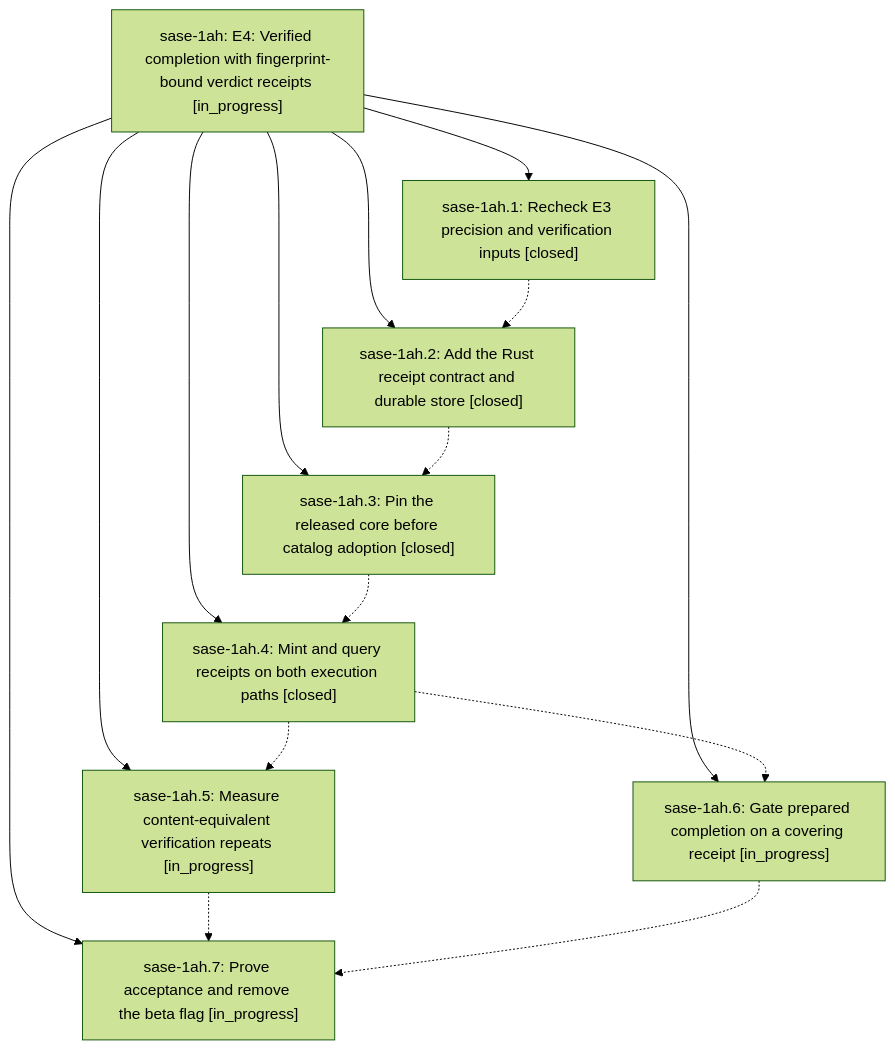
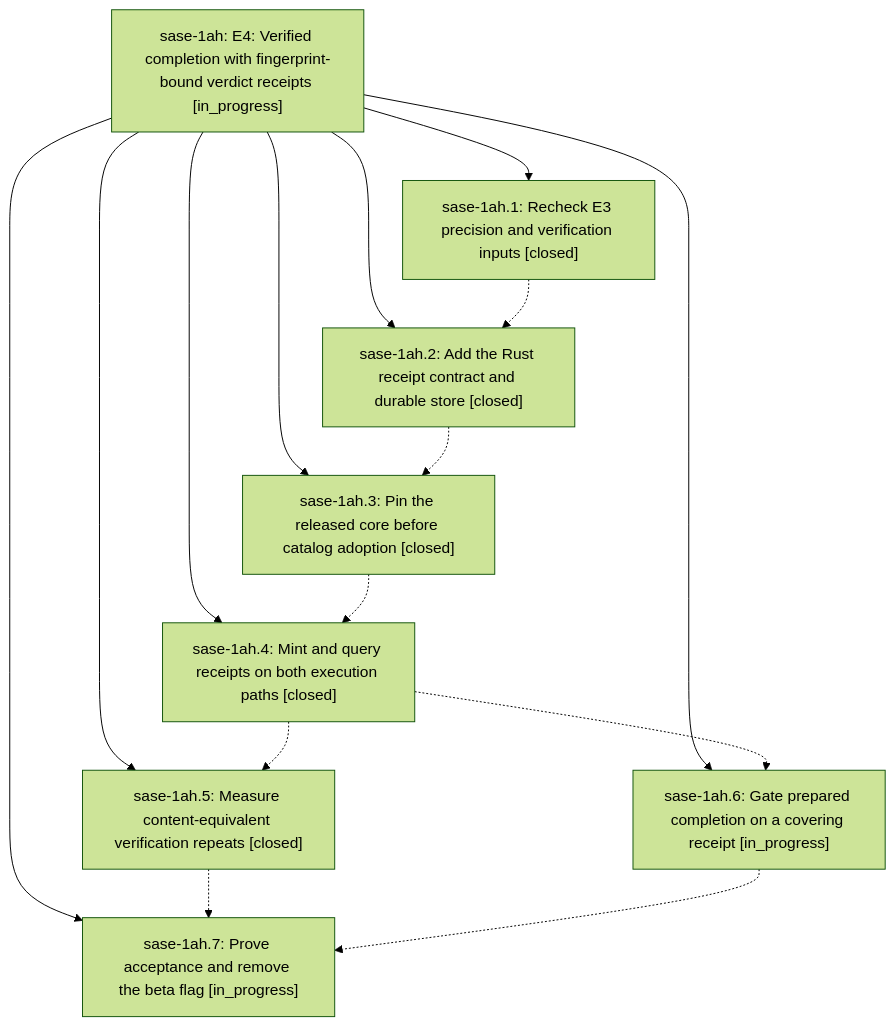
Before and after one commit to sase-org/sase--beads: the diagram in pages/sase-1ah/README.md, drawn with Mermaid (forest theme). The commit also changed other lines of this file and 5 other files, not shown here.

````diff
--- a/pages/sase-1ah/README.md
+++ b/pages/sase-1ah/README.md
@@ -28,25 +28,25 @@
 ```mermaid
 flowchart TD
     n0["sase-1ah: E4: Verified completion with fingerprint-bound verdict receipts [in_progress]"]
     n1["sase-1ah.1: Recheck E3 precision and verification inputs [closed]"]
     n2["sase-1ah.2: Add the Rust receipt contract and durable store [closed]"]
     n3["sase-1ah.3: Pin the released core before catalog adoption [closed]"]
     n4["sase-1ah.4: Mint and query receipts on both execution paths [closed]"]
-    n5["sase-1ah.5: Measure content-equivalent verification repeats [in_progress]"]
+    n5["sase-1ah.5: Measure content-equivalent verification repeats [closed]"]
     n6["sase-1ah.6: Gate prepared completion on a covering receipt [in_progress]"]
     n7["sase-1ah.7: Prove acceptance and remove the beta flag [in_progress]"]
     n0 --> n1
     n0 --> n2
     n0 --> n3
     n0 --> n4
     n0 --> n5
     n0 --> n6
     n0 --> n7
     n1 -.-> n2
     n2 -.-> n3
     n3 -.-> n4
     n4 -.-> n5
     n4 -.-> n6
     n5 -.-> n7
     n6 -.-> n7
 ```
````
